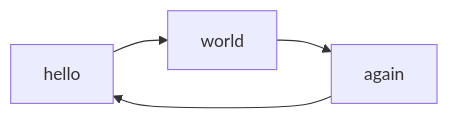
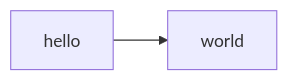
Before and after one commit to EtianeZauMarcelino/ETL-From-SQL-Server-To-DuckDB: the diagram in docs/index.md, drawn with Mermaid. The commit also changed other lines of this file and 6 other files, not shown here.

````diff
--- a/docs/index.md
+++ b/docs/index.md
@@ -6,6 +7,5 @@
 ```mermaid
 graph LR
     hello --> world
-    world --> again
-    again --> hello
+
 ```
````
